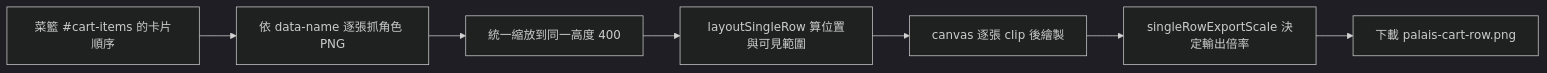
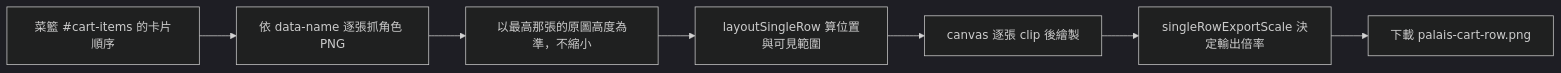
One commit to Vinskao/ty-multiverse changed the diagram in docs/PALAIS_CART_ROW.md. Above: the diagram before and after it, drawn with Mermaid (dark theme). The commit also changed other lines of this file and 4 other files, not shown here.

````diff
--- a/docs/PALAIS_CART_ROW.md
+++ b/docs/PALAIS_CART_ROW.md
@@ -5,9 +5,9 @@
 ```mermaid
 flowchart LR
   A[菜籃 #cart-items 的卡片順序] --> B[依 data-name 逐張抓角色 PNG]
-  B --> C[統一縮放到同一高度 400]
+  B --> C[以最高那張的原圖高度為準，不縮小]
   C --> D[layoutSingleRow 算位置與可見範圍]
   D --> E[canvas 逐張 clip 後繪製]
   E --> F[singleRowExportScale 決定輸出倍率]
   F --> G[下載 palais-cart-row.png]
 ```
````
